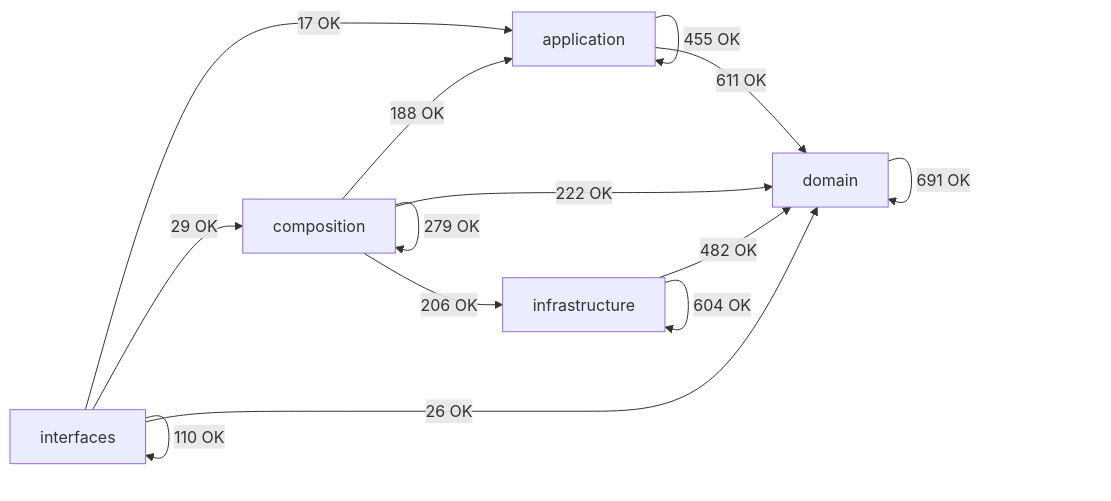
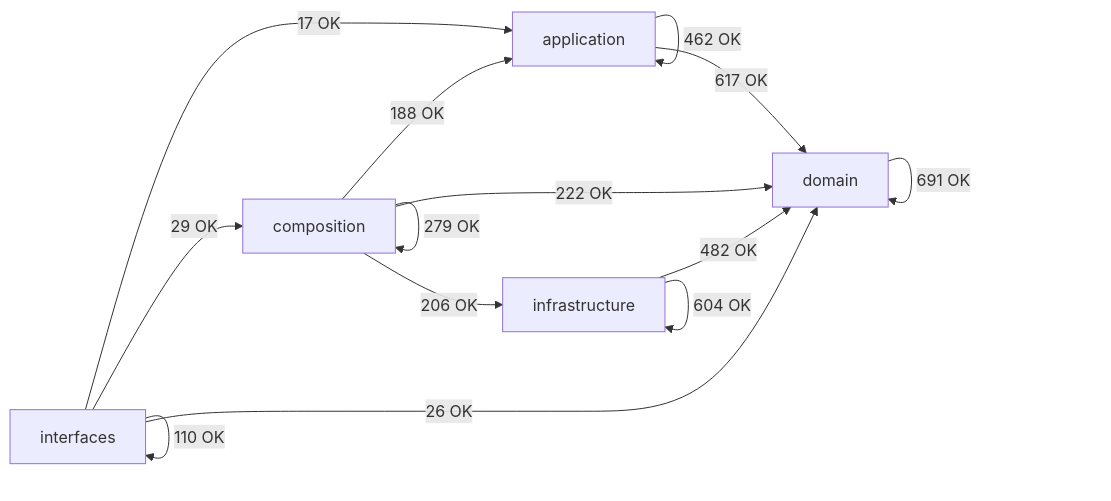
Before and after one commit to SatoryKono/BioactivityDataAcquisition: the diagram in docs/02-architecture/generated/module-dependency-map.md, drawn with Mermaid. The commit also changed other lines of this file and 20 other files, not shown here.

````diff
--- a/docs/02-architecture/generated/module-dependency-map.md
+++ b/docs/02-architecture/generated/module-dependency-map.md
@@ -16,21 +16,21 @@
 ```mermaid
 flowchart LR
     domain[domain]
     application[application]
     infrastructure[infrastructure]
     composition[composition]
     interfaces[interfaces]
-    application -->|455 OK| application
-    application -->|611 OK| domain
+    application -->|462 OK| application
+    application -->|617 OK| domain
     composition -->|188 OK| application
     composition -->|279 OK| composition
     composition -->|222 OK| domain
     composition -->|206 OK| infrastructure
     domain -->|691 OK| domain
     infrastructure -->|482 OK| domain
     infrastructure -->|604 OK| infrastructure
     interfaces -->|17 OK| application
     interfaces -->|29 OK| composition
     interfaces -->|26 OK| domain
     interfaces -->|110 OK| interfaces
 ```
````
